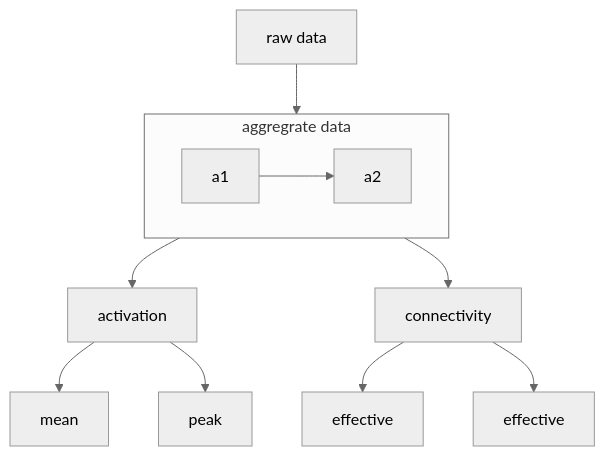
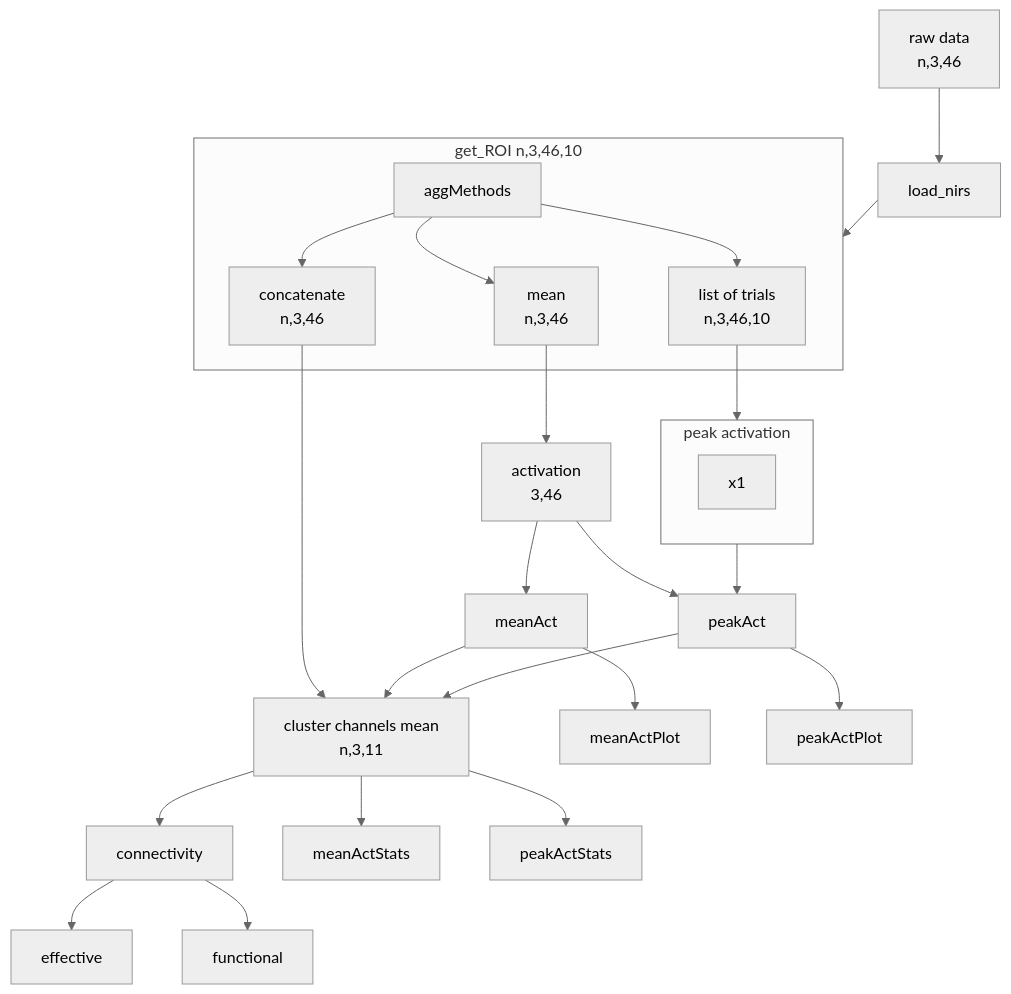
One commit to nimRobotics/fnirslib changed the diagram in README.md. Above: the diagram before and after it, drawn with Mermaid (neutral theme).

Commit message:
mermaid test

````diff
--- a/README.md
+++ b/README.md
@@ -30,14 +30,34 @@
 ```mermaid
-  flowchart TB
-    A[raw data]-->B;
-    B --> D[activation];
-    B --> G[connectivity];
+  flowchart
+    A[raw data <br/> n,3,46]-->C[load_nirs];
+    C -->B
+    b2 --> D[activation <br/> 3,46];
+    D-->E[meanAct]
+    b3 --> Y
+    Y -->G[connectivity];
     G --> H[effective];
-    G --> I[effective];
-    D --> E[mean];
-    D --> F[peak];
+    G --> I[functional];
+    E --> Y;
+    E --> E1[meanActPlot]
+    Y --> E2[meanActStats]
+    F[peakAct];
+    D-->F
+    F-->Y
+    Y-->F1[peakActStats]
+    F-->F2[peakActPlot]
 
-    subgraph B[aggregrate data]
-        a1 --> a2;
+    subgraph B[get_ROI n,3,46,10]
+        b1[aggMethods] --> b2[mean <br/> n,3,46]
+        b1 --> b3[concatenate <br/> n,3,46];
+        b1 --> b4[list of trials <br/> n,3,46,10]
     end
+
+    b4 --> X
+    X -->F
+
+    subgraph X[peak activation]
+        x1
+    end
+
+    Y[cluster channels mean <br/> n,3,11]
 ```
````
